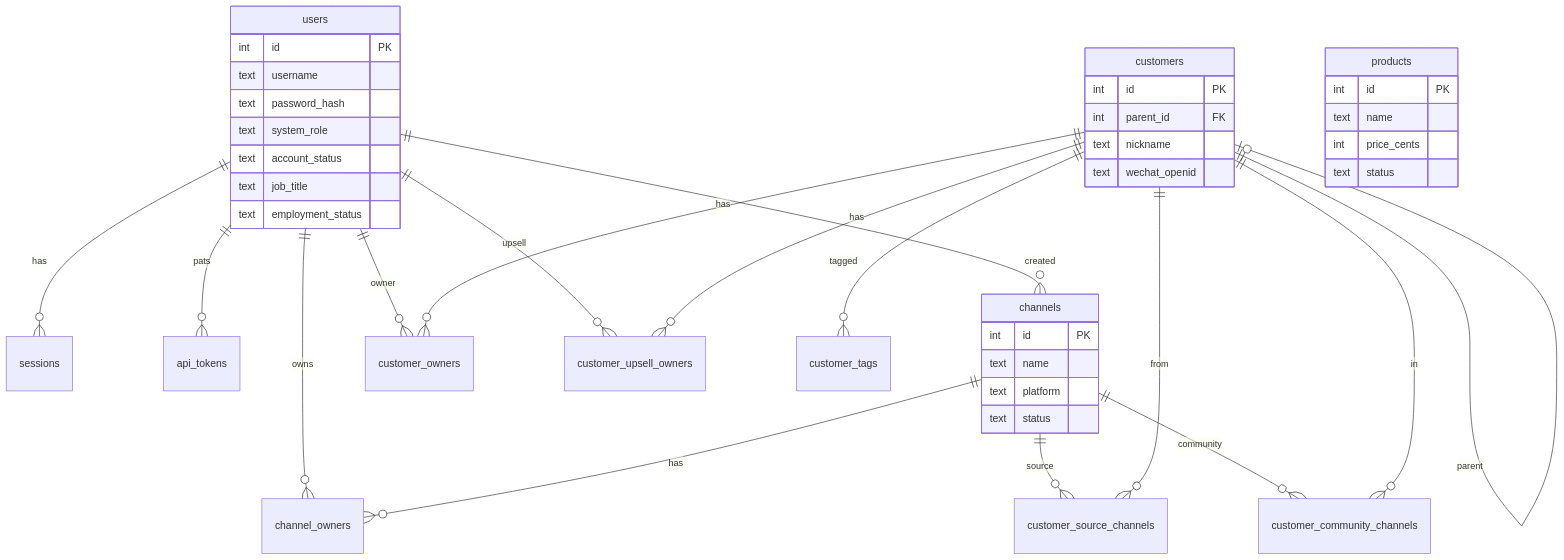
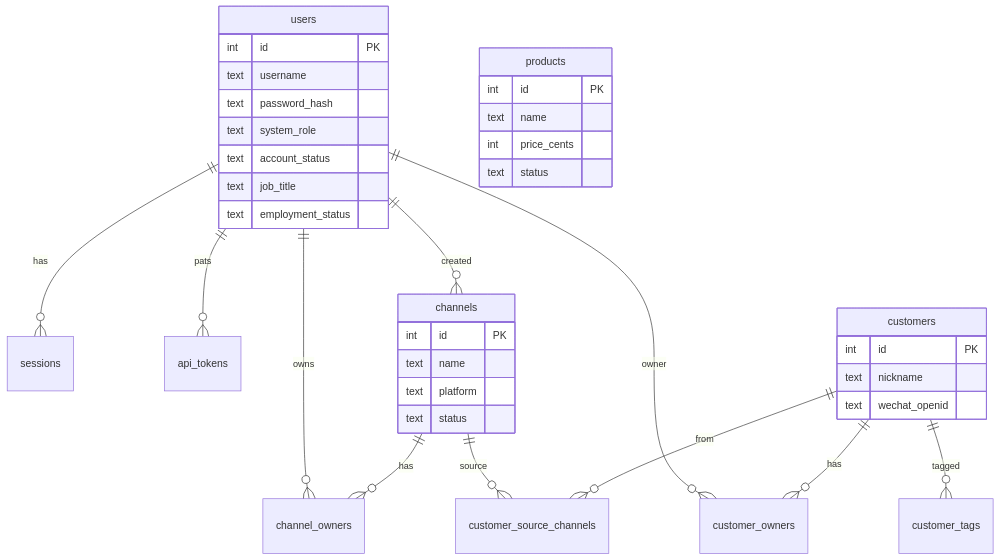
One commit to TheSecondCurve/gb-crm changed the seventh of 7 diagrams in docs/design.md. Above: the diagram before and after it, drawn with Mermaid. The commit also changed other lines of this file and 31 other files, not shown here.

````diff
--- a/docs/design.md
+++ b/docs/design.md
@@ -887,46 +882,40 @@
 ```mermaid
 erDiagram
   users ||--o{ sessions : has
   users ||--o{ api_tokens : pats
   users ||--o{ channels : created
   users ||--o{ channel_owners : owns
   users ||--o{ customer_owners : owner
-  users ||--o{ customer_upsell_owners : upsell
   channels ||--o{ channel_owners : has
   channels ||--o{ customer_source_channels : source
-  channels ||--o{ customer_community_channels : community
   customers ||--o{ customer_tags : tagged
   customers ||--o{ customer_owners : has
-  customers ||--o{ customer_upsell_owners : has
   customers ||--o{ customer_source_channels : from
-  customers ||--o{ customer_community_channels : in
-  customers ||--o| customers : parent
 
   users {
     int id PK
     text username
     text password_hash
     text system_role
     text account_status
     text job_title
     text employment_status
   }
   channels {
     int id PK
     text name
     text platform
     text status
   }
   products {
     int id PK
     text name
     int price_cents
     text status
   }
   customers {
     int id PK
-    int parent_id FK
     text nickname
     text wechat_openid
   }
 ```
````
